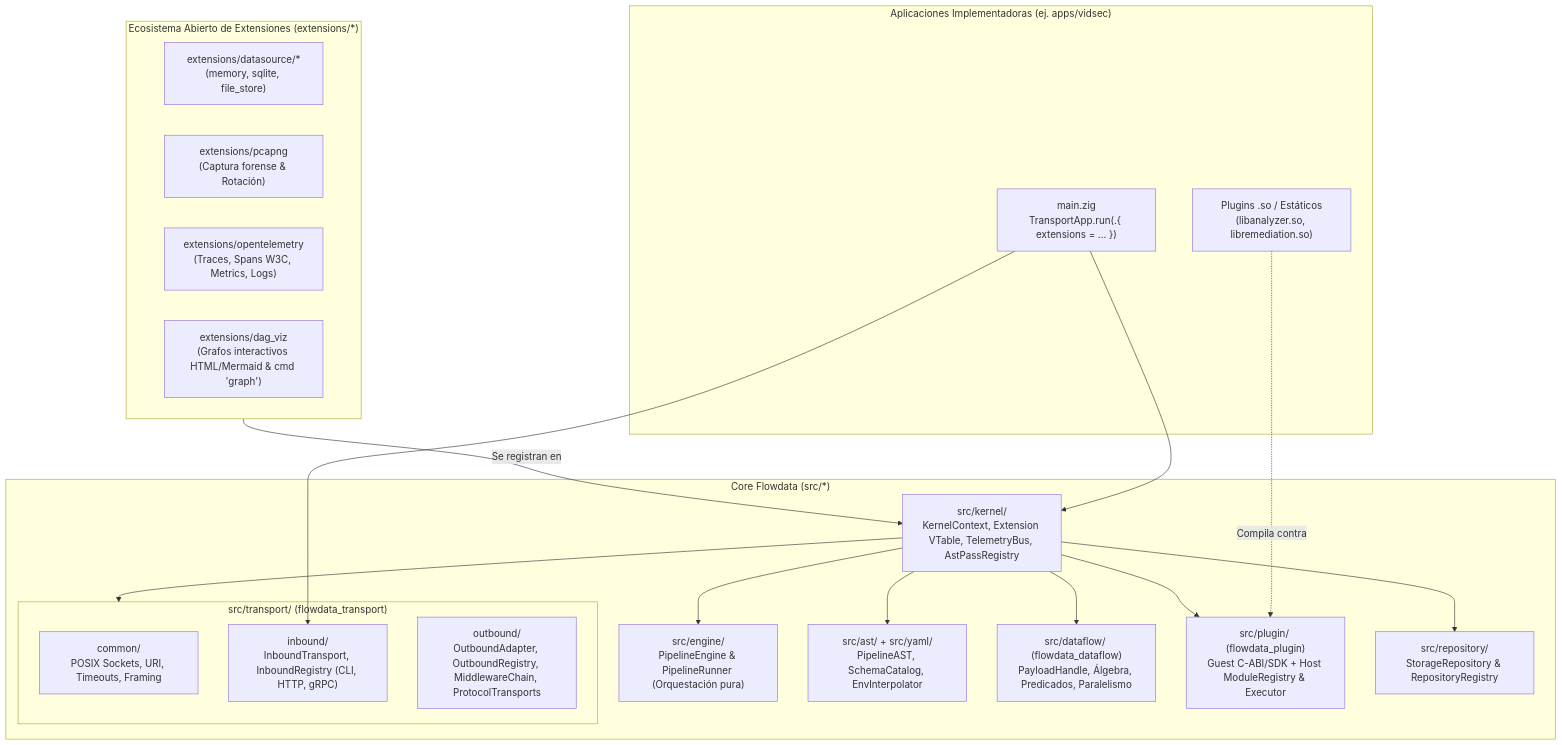
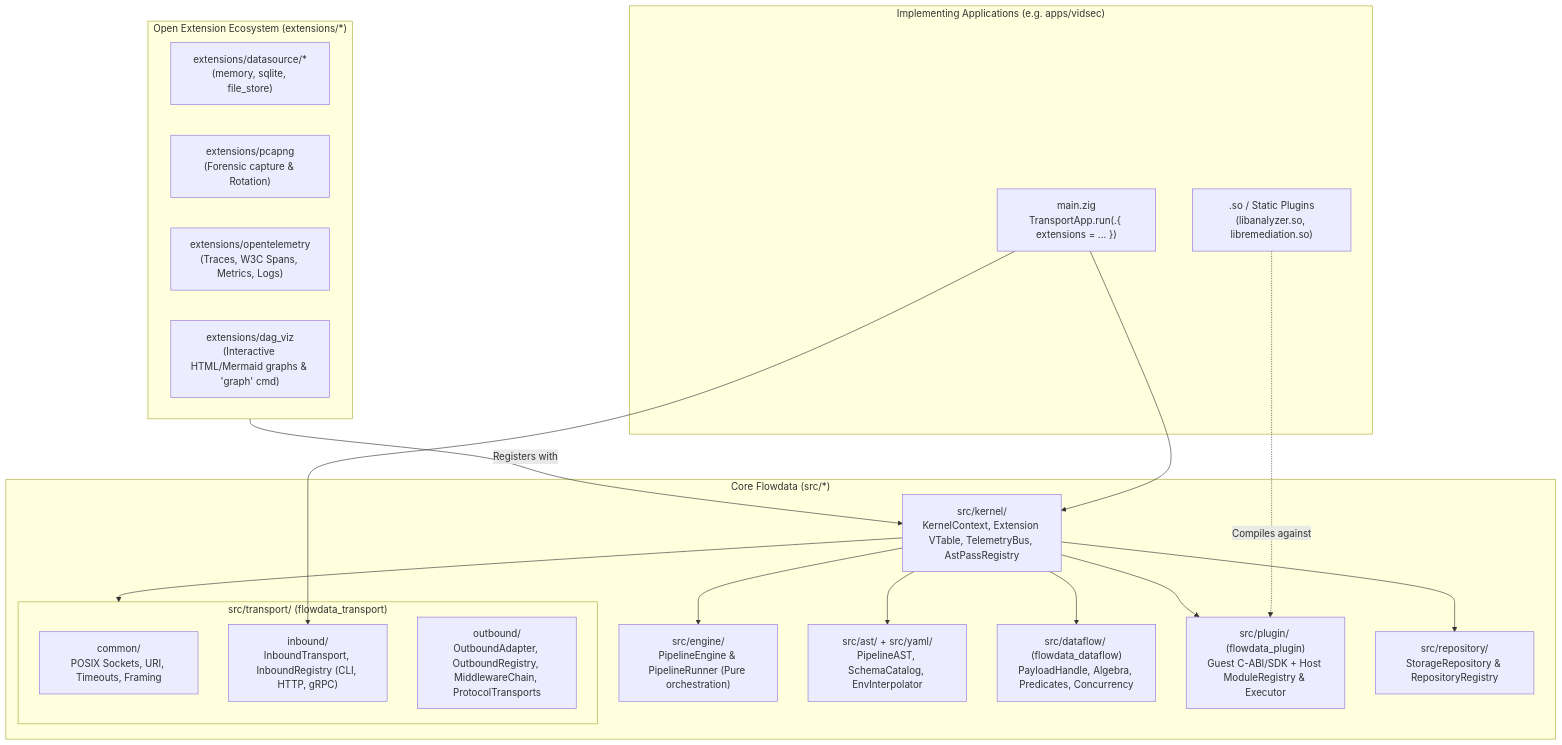
Before and after one commit to g-gar/vidsec: the first of 2 diagrams in docs/development/000-architecture-roadmap.md, drawn with Mermaid. The commit also changed other lines of this file and 6 other files, not shown here.

````diff
--- a/docs/development/000-architecture-roadmap.md
+++ b/docs/development/000-architecture-roadmap.md
@@ -25,34 +25,34 @@
 ```mermaid
 flowchart TB
-    subgraph Apps["Aplicaciones Implementadoras (ej. apps/vidsec)"]
+    subgraph Apps["Implementing Applications (e.g. apps/vidsec)"]
         AppMain["main.zig<br/>TransportApp.run(.{ extensions = ... })"]
-        AppPlugins["Plugins .so / Estáticos<br/>(libanalyzer.so, libremediation.so)"]
+        AppPlugins[".so / Static Plugins<br/>(libanalyzer.so, libremediation.so)"]
     end
 
-    subgraph Extensions["Ecosistema Abierto de Extensiones (extensions/*)"]
+    subgraph Extensions["Open Extension Ecosystem (extensions/*)"]
         ExtDS["extensions/datasource/*<br/>(memory, sqlite, file_store)"]
-        ExtPcap["extensions/pcapng<br/>(Captura forense & Rotación)"]
-        ExtOTel["extensions/opentelemetry<br/>(Traces, Spans W3C, Metrics, Logs)"]
-        ExtDag["extensions/dag_viz<br/>(Grafos interactivos HTML/Mermaid & cmd 'graph')"]
+        ExtPcap["extensions/pcapng<br/>(Forensic capture & Rotation)"]
+        ExtOTel["extensions/opentelemetry<br/>(Traces, W3C Spans, Metrics, Logs)"]
+        ExtDag["extensions/dag_viz<br/>(Interactive HTML/Mermaid graphs & 'graph' cmd)"]
     end
 
     subgraph FlowdataCore["Core Flowdata (src/*)"]
         Kernel["src/kernel/<br/>KernelContext, Extension VTable, TelemetryBus, AstPassRegistry"]
-        Engine["src/engine/<br/>PipelineEngine & PipelineRunner (Orquestación pura)"]
+        Engine["src/engine/<br/>PipelineEngine & PipelineRunner (Pure orchestration)"]
         AST["src/ast/ + src/yaml/<br/>PipelineAST, SchemaCatalog, EnvInterpolator"]
-        Dataflow["src/dataflow/ (flowdata_dataflow)<br/>PayloadHandle, Álgebra, Predicados, Paralelismo"]
+        Dataflow["src/dataflow/ (flowdata_dataflow)<br/>PayloadHandle, Algebra, Predicates, Concurrency"]
         Plugin["src/plugin/ (flowdata_plugin)<br/>Guest C-ABI/SDK + Host ModuleRegistry & Executor"]
         Repo["src/repository/<br/>StorageRepository & RepositoryRegistry"]
         subgraph Transport["src/transport/ (flowdata_transport)"]
             TCommon["common/<br/>POSIX Sockets, URI, Timeouts, Framing"]
             TInbound["inbound/<br/>InboundTransport, InboundRegistry (CLI, HTTP, gRPC)"]
             TOutbound["outbound/<br/>OutboundAdapter, OutboundRegistry, MiddlewareChain, ProtocolTransports"]
         end
     end
 
     AppMain --> TInbound
     AppMain --> Kernel
-    AppPlugins -.->|"Compila contra"| Plugin
-    Extensions -->|"Se registran en"| Kernel
+    AppPlugins -.->|"Compiles against"| Plugin
+    Extensions -->|"Registers with"| Kernel
     Kernel --> Engine & AST & Dataflow & Plugin & Repo & Transport
 ```
````
